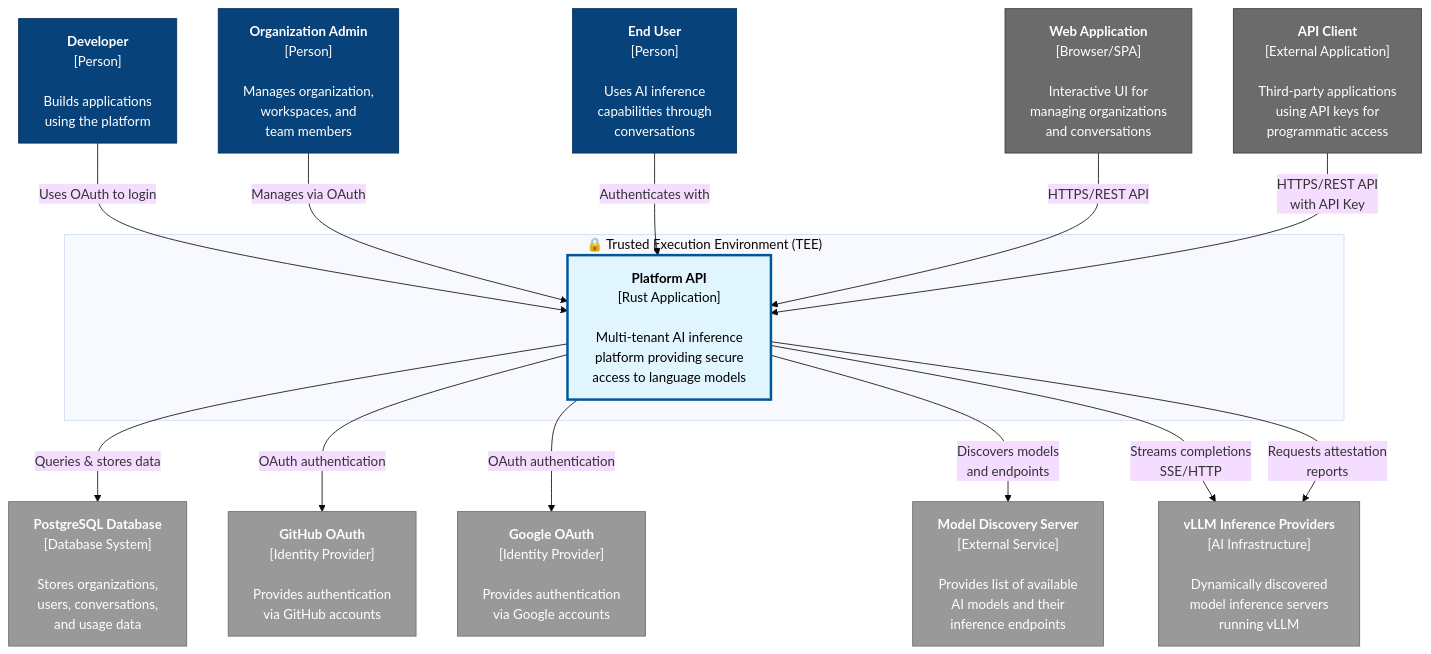
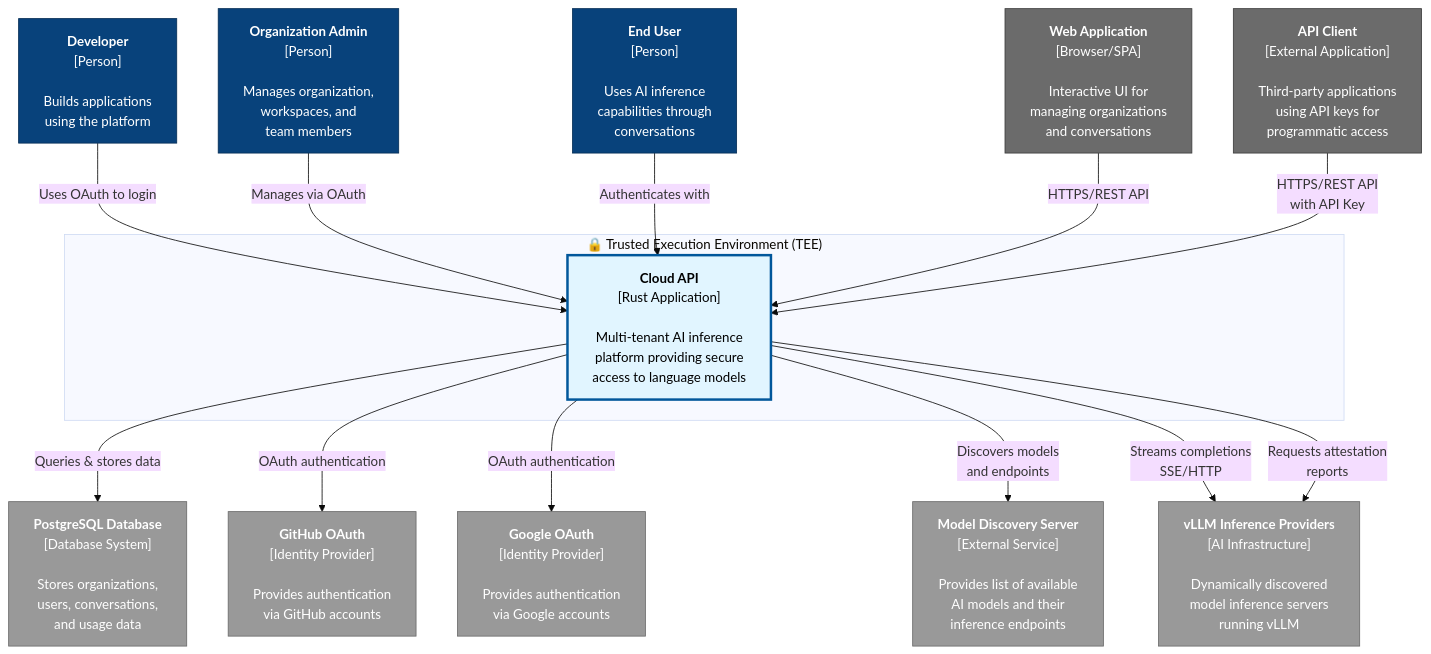
The first of 15 diagrams in docs/architecture/c4-diagrams.md (nearai/cloud-api), drawn with Mermaid (base theme) before and after one commit. The commit also changed other lines of this file and 12 other files, not shown here.

Commit message:
Rename Platform API to NEAR AI Cloud API.

````diff
--- a/docs/architecture/c4-diagrams.md
+++ b/docs/architecture/c4-diagrams.md
@@ -56,55 +56,55 @@
 ```mermaid
 graph TB
     subgraph TEE["🔒 Trusted Execution Environment (TEE)"]
-        PlatformAPI["<b>Platform API</b><br/>[Rust Application]<br/><br/>Multi-tenant AI inference<br/>platform providing secure<br/>access to language models"]
+        PlatformAPI["<b>Cloud API</b><br/>[Rust Application]<br/><br/>Multi-tenant AI inference<br/>platform providing secure<br/>access to language models"]
     end
     
     %% External Actors
     WebApp["<b>Web Application</b><br/>[Browser/SPA]<br/><br/>Interactive UI for<br/>managing organizations<br/>and conversations"]
     
     APIClient["<b>API Client</b><br/>[External Application]<br/><br/>Third-party applications<br/>using API keys for<br/>programmatic access"]
     
     Developer["<b>Developer</b><br/>[Person]<br/><br/>Builds applications<br/>using the platform"]
     
     OrgAdmin["<b>Organization Admin</b><br/>[Person]<br/><br/>Manages organization,<br/>workspaces, and<br/>team members"]
     
     EndUser["<b>End User</b><br/>[Person]<br/><br/>Uses AI inference<br/>capabilities through<br/>conversations"]
     
     %% External Systems
     PostgreSQL["<b>PostgreSQL Database</b><br/>[Database System]<br/><br/>Stores organizations,<br/>users, conversations,<br/>and usage data"]
     
     GitHubOAuth["<b>GitHub OAuth</b><br/>[Identity Provider]<br/><br/>Provides authentication<br/>via GitHub accounts"]
     
     GoogleOAuth["<b>Google OAuth</b><br/>[Identity Provider]<br/><br/>Provides authentication<br/>via Google accounts"]
     
     ModelDiscovery["<b>Model Discovery Server</b><br/>[External Service]<br/><br/>Provides list of available<br/>AI models and their<br/>inference endpoints"]
     
     InferenceProviders["<b>vLLM Inference Providers</b><br/>[AI Infrastructure]<br/><br/>Dynamically discovered<br/>model inference servers<br/>running vLLM"]
     
     %% User Interactions
     Developer -->|Uses OAuth to login| PlatformAPI
     OrgAdmin -->|Manages via OAuth| PlatformAPI
     EndUser -->|Authenticates with| PlatformAPI
     
     WebApp -->|HTTPS/REST API| PlatformAPI
     APIClient -->|HTTPS/REST API<br/>with API Key| PlatformAPI
     
     %% System Interactions
     PlatformAPI -->|Queries & stores data| PostgreSQL
     PlatformAPI -->|OAuth authentication| GitHubOAuth
     PlatformAPI -->|OAuth authentication| GoogleOAuth
     PlatformAPI -->|Discovers models<br/>and endpoints| ModelDiscovery
     PlatformAPI -->|Streams completions<br/>SSE/HTTP| InferenceProviders
     PlatformAPI -->|Requests attestation<br/>reports| InferenceProviders
     
     %% Styling
     classDef teeSystem fill:#e1f5ff,stroke:#01579b,stroke-width:3px,color:#000
     classDef externalPerson fill:#08427b,stroke:#052e56,color:#fff
     classDef externalSystem fill:#999999,stroke:#6b6b6b,color:#fff
     classDef externalApp fill:#6b6b6b,stroke:#3d3d3d,color:#fff
     
     class PlatformAPI teeSystem
     class Developer,OrgAdmin,EndUser externalPerson
     class PostgreSQL,GitHubOAuth,GoogleOAuth,ModelDiscovery,InferenceProviders externalSystem
     class WebApp,APIClient externalApp
 ```
````
